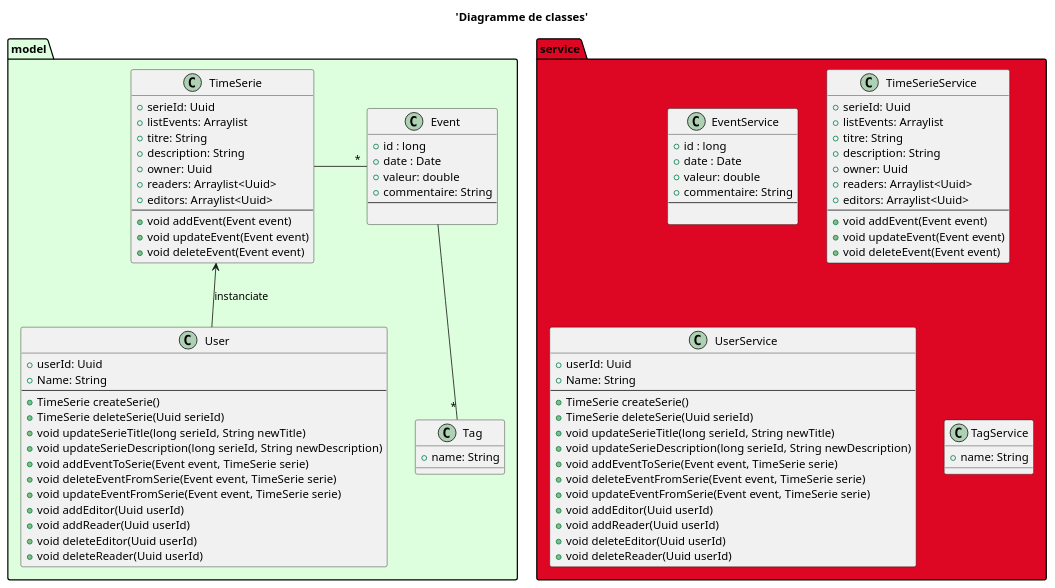
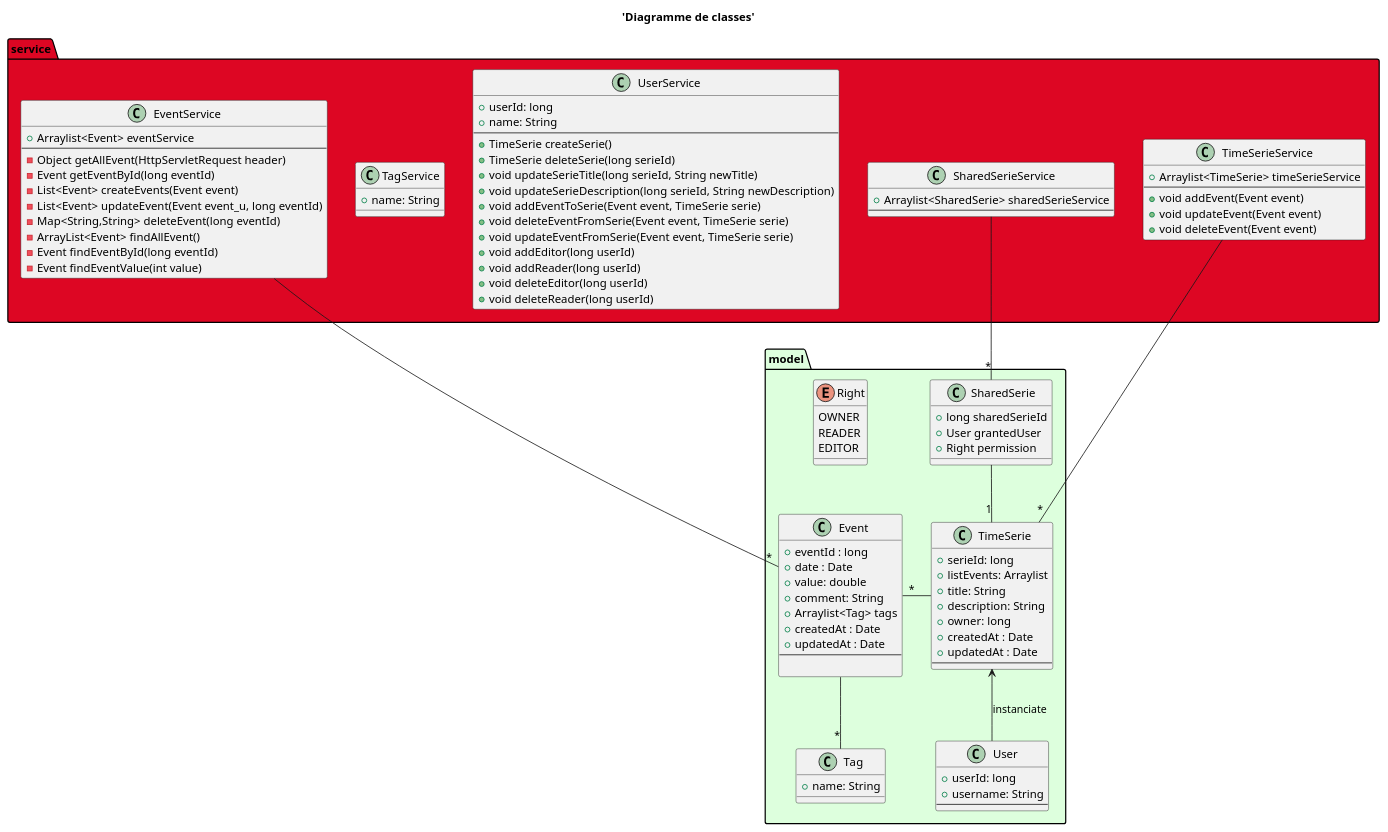
The diagram in src/main/Schemas/code/class.puml (cheikne/tp1_techno_web), drawn with PlantUML before and after one commit. The commit also changed 9 other files, not shown here.

```diff
--- a/src/main/Schemas/code/class.puml
+++ b/src/main/Schemas/code/class.puml
@@ -1,99 +1,108 @@
 @startuml
 title 'Diagramme de classes'
 
 package model #DDFFDD {
   class Event {
-  + id : long
+  + eventId : long
   + date : Date
-  + valeur: double
-  + commentaire: String
+  + value: double
+  + comment: String
+  + Arraylist<Tag> tags
+  + createdAt : Date
+  + updatedAt : Date
   --
 
   }
 
   class TimeSerie {
-  + serieId: Uuid
+  + serieId: long
   + listEvents: Arraylist
-  + titre: String
+  + title: String
   + description: String
-  + owner: Uuid
-  + readers: Arraylist<Uuid>
-  + editors: Arraylist<Uuid>
+  + owner: long
+  + createdAt : Date
+  + updatedAt : Date
   --
-  + void addEvent(Event event)
-  + void updateEvent(Event event)
-  + void deleteEvent(Event event)
   }
 
   class User {
-  + userId: Uuid
-  + Name: String
+  + userId: long
+  + username: String
   --
-  + TimeSerie createSerie()
-  + TimeSerie deleteSerie(Uuid serieId)
-  + void updateSerieTitle(long serieId, String newTitle)
-  + void updateSerieDescription(long serieId, String newDescription)
-  + void addEventToSerie(Event event, TimeSerie serie)
-  + void deleteEventFromSerie(Event event, TimeSerie serie)
-  + void updateEventFromSerie(Event event, TimeSerie serie)
-  + void addEditor(Uuid userId)
-  + void addReader(Uuid userId)
-  + void deleteEditor(Uuid userId)
-  + void deleteReader(Uuid userId)
   }
 
   class Tag {
   + name: String
   }
+
+  class SharedSerie {
+   + long sharedSerieId
+   + User grantedUser
+   + Right permission
+  }
+
+  enum Right {
+    OWNER
+    READER
+    EDITOR
+  }
 }
 
 package service #DD0623 {
   class EventService {
-  + id : long
-  + date : Date
-  + valeur: double
-  + commentaire: String
+  + Arraylist<Event> eventService
   --
-
+  - Object getAllEvent(HttpServletRequest header)
+  - Event getEventById(long eventId)
+  - List<Event> createEvents(Event event)
+  - List<Event> updateEvent(Event event_u, long eventId)
+  - Map<String,String> deleteEvent(long eventId)
+  - ArrayList<Event> findAllEvent()
+  - Event findEventById(long eventId)
+  - Event findEventValue(int value)
   }
 
   class TimeSerieService {
-  + serieId: Uuid
-  + listEvents: Arraylist
-  + titre: String
-  + description: String
-  + owner: Uuid
-  + readers: Arraylist<Uuid>
-  + editors: Arraylist<Uuid>
+  + Arraylist<TimeSerie> timeSerieService
   --
   + void addEvent(Event event)
   + void updateEvent(Event event)
   + void deleteEvent(Event event)
   }
 
   class UserService {
-  + userId: Uuid
-  + Name: String
+  + userId: long
+  + name: String
   --
   + TimeSerie createSerie()
-  + TimeSerie deleteSerie(Uuid serieId)
+  + TimeSerie deleteSerie(long serieId)
   + void updateSerieTitle(long serieId, String newTitle)
   + void updateSerieDescription(long serieId, String newDescription)
   + void addEventToSerie(Event event, TimeSerie serie)
   + void deleteEventFromSerie(Event event, TimeSerie serie)
   + void updateEventFromSerie(Event event, TimeSerie serie)
-  + void addEditor(Uuid userId)
-  + void addReader(Uuid userId)
-  + void deleteEditor(Uuid userId)
-  + void deleteReader(Uuid userId)
+  + void addEditor(long userId)
+  + void addReader(long userId)
+  + void deleteEditor(long userId)
+  + void deleteReader(long userId)
   }
 
   class TagService {
   + name: String
   }
+
+  class SharedSerieService {
+     + Arraylist<SharedSerie> sharedSerieService
+     --
+    }
 }
 
 TimeSerie -right- "*" Event
 User -up-> TimeSerie : instanciate
 Event -- "*" Tag
+
+EventService -down- "*" Event
+TimeSerieService -down- "*" TimeSerie
+SharedSerie -- "1" TimeSerie
+SharedSerieService -- "*" SharedSerie
 @enduml
```
